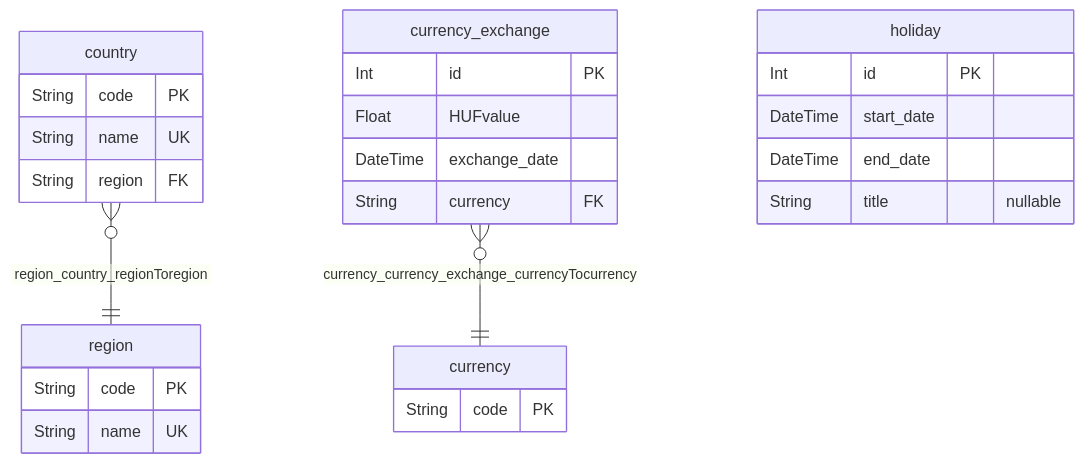
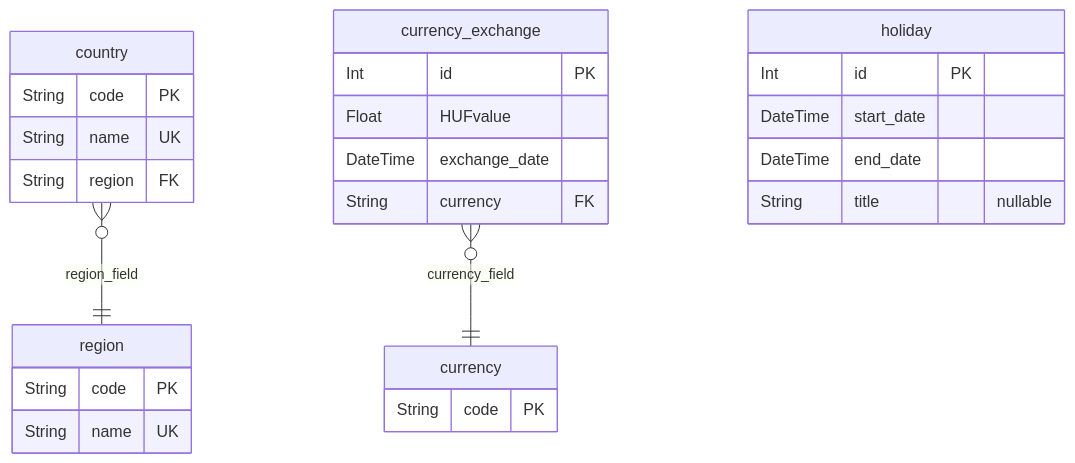
One commit to Kristofy/CompOffice changed the second of 6 diagrams in wiki/dev/database.md. Above: the diagram before and after it, drawn with Mermaid. The commit also changed other lines of this file and 29 other files, not shown here.

````diff
--- a/wiki/dev/database.md
+++ b/wiki/dev/database.md
@@ -65,29 +74,29 @@
 ```mermaid
 erDiagram
 "country" {
   String code PK
   String name UK
   String region FK
 }
 "currency" {
   String code PK
 }
 "currency_exchange" {
   Int id PK
   Float HUFvalue
   DateTime exchange_date
   String currency FK
 }
 "holiday" {
   Int id PK
   DateTime start_date
   DateTime end_date
   String title "nullable"
 }
 "region" {
   String code PK
   String name UK
 }
-"country" }o--|| "region" : region_country_regionToregion
-"currency_exchange" }o--|| "currency" : currency_currency_exchange_currencyTocurrency
+"country" }o--|| "region" : region_field
+"currency_exchange" }o--|| "currency" : currency_field
 ```
````
